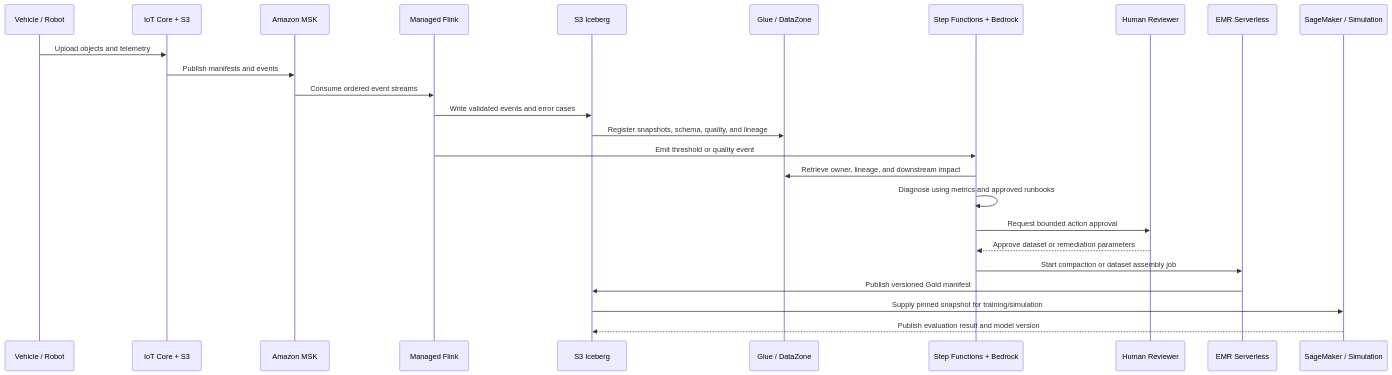
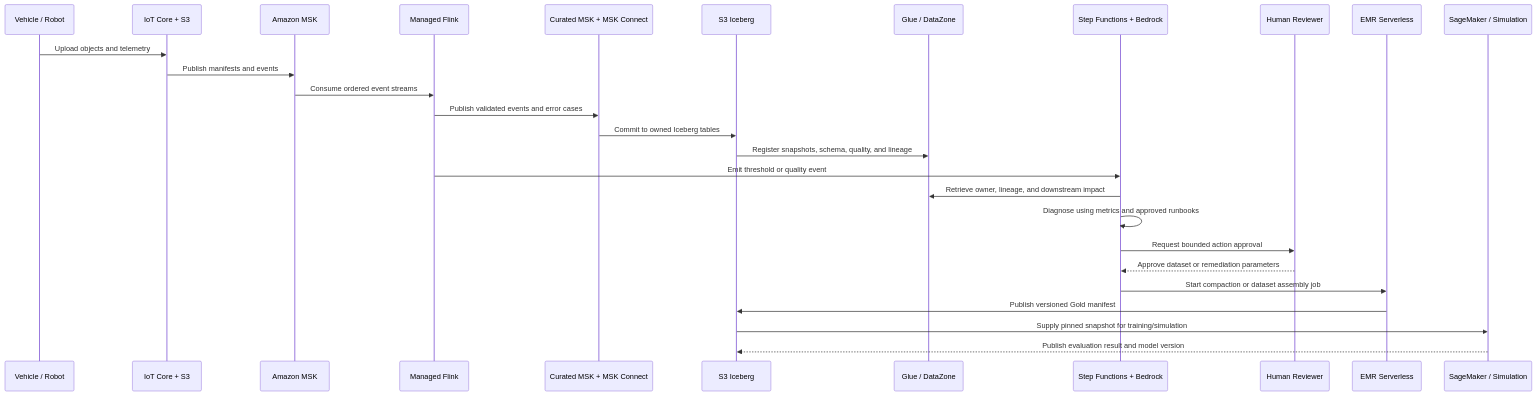
The sixth of 8 diagrams in DataOps/AWS_XPENG.md (superdba111/DevSecOps), drawn with Mermaid before and after one commit. The commit also changed other lines of this file, not shown here.

````diff
--- a/DataOps/AWS_XPENG.md
+++ b/DataOps/AWS_XPENG.md
@@ -602,28 +666,30 @@
 ```mermaid
 sequenceDiagram
     participant V as Vehicle / Robot
     participant I as IoT Core + S3
     participant K as Amazon MSK
     participant F as Managed Flink
+    participant W as Curated MSK + MSK Connect
     participant L as S3 Iceberg
     participant G as Glue / DataZone
-    participant C as Step Functions + Bedrock
+    participant A as Step Functions + Bedrock
     participant H as Human Reviewer
     participant E as EMR Serverless
     participant S as SageMaker / Simulation
 
     V->>I: Upload objects and telemetry
     I->>K: Publish manifests and events
     K->>F: Consume ordered event streams
-    F->>L: Write validated events and error cases
+    F->>W: Publish validated events and error cases
+    W->>L: Commit to owned Iceberg tables
     L->>G: Register snapshots, schema, quality, and lineage
-    F->>C: Emit threshold or quality event
-    C->>G: Retrieve owner, lineage, and downstream impact
-    C->>C: Diagnose using metrics and approved runbooks
-    C->>H: Request bounded action approval
-    H-->>C: Approve dataset or remediation parameters
-    C->>E: Start compaction or dataset assembly job
+    F->>A: Emit threshold or quality event
+    A->>G: Retrieve owner, lineage, and downstream impact
+    A->>A: Diagnose using metrics and approved runbooks
+    A->>H: Request bounded action approval
+    H-->>A: Approve dataset or remediation parameters
+    A->>E: Start compaction or dataset assembly job
     E->>L: Publish versioned Gold manifest
     L->>S: Supply pinned snapshot for training/simulation
     S-->>L: Publish evaluation result and model version
 ```
````
